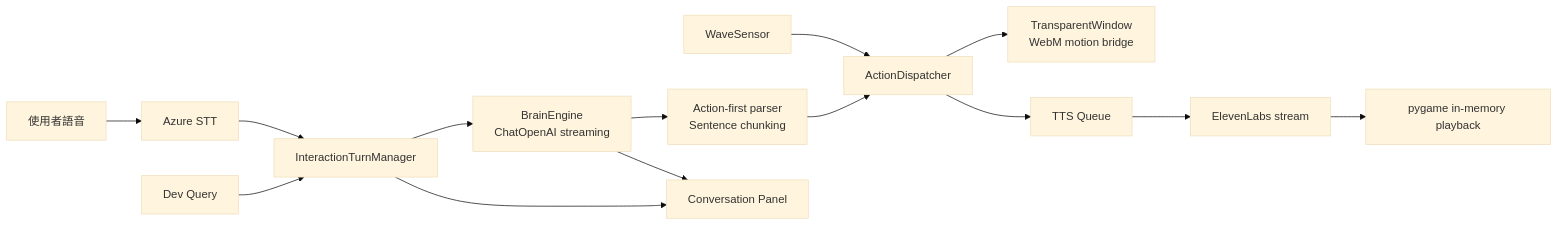
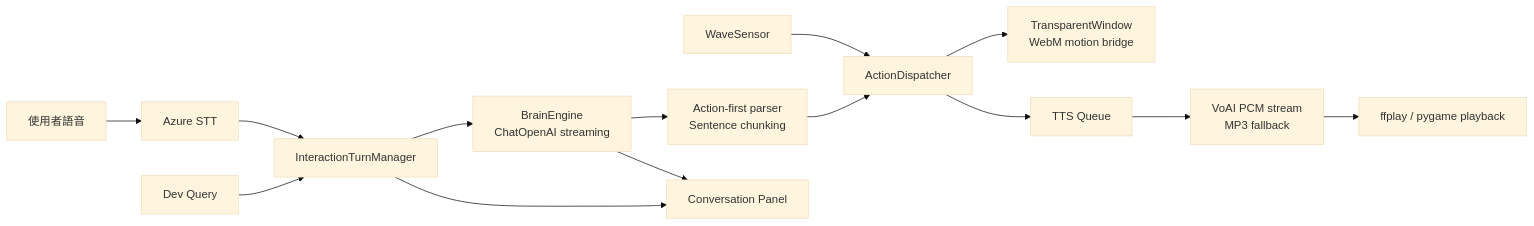
The diagram in README.md (Jason25684531/Virtual-Pet), drawn with Mermaid (base theme) before and after one commit. The commit also changed other lines of this file and 28 other files, not shown here.

````diff
--- a/README.md
+++ b/README.md
@@ -23,19 +23,19 @@
 ```mermaid
 flowchart LR
     U[使用者語音] --> STT[Azure STT]
     D[Dev Query] --> TURN[InteractionTurnManager]
     W[WaveSensor] --> DISP[ActionDispatcher]
 
     STT --> TURN
     TURN --> BRAIN[BrainEngine\nChatOpenAI streaming]
     BRAIN --> PARSER[Action-first parser\nSentence chunking]
     PARSER --> DISP
 
     DISP --> MOTION[TransparentWindow\nWebM motion bridge]
     DISP --> TTSQ[TTS Queue]
-    TTSQ --> TTS[ElevenLabs stream]
-    TTS --> PLAY[pygame in-memory playback]
+    TTSQ --> TTS[VoAI PCM stream\nMP3 fallback]
+    TTS --> PLAY[ffplay / pygame playback]
 
     TURN --> CHAT[Conversation Panel]
     BRAIN --> CHAT
 ```
````
